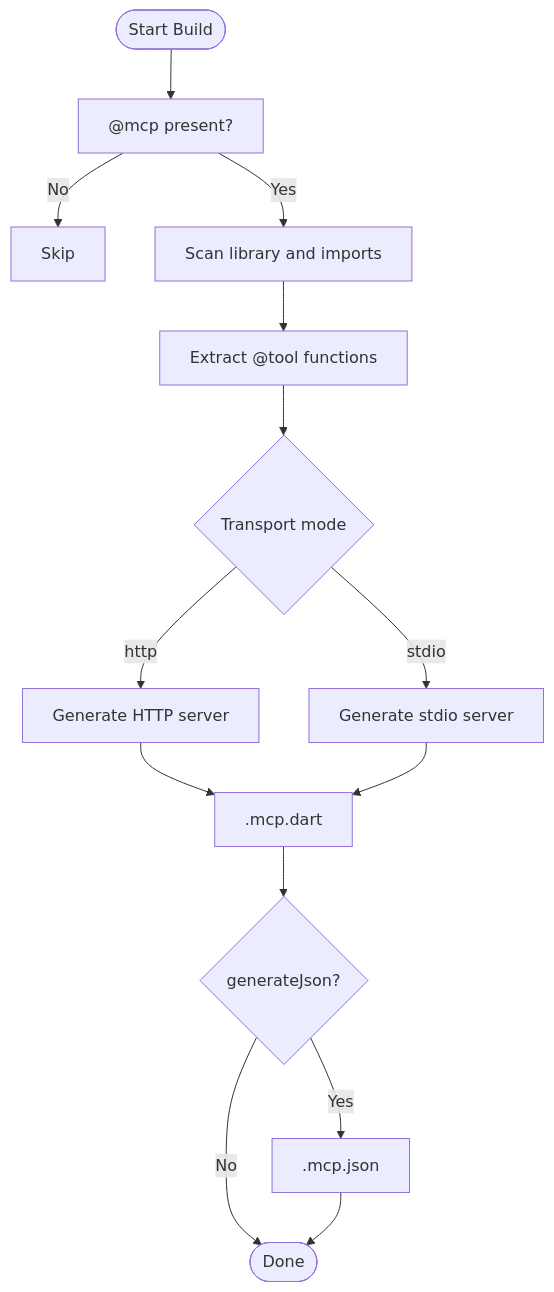
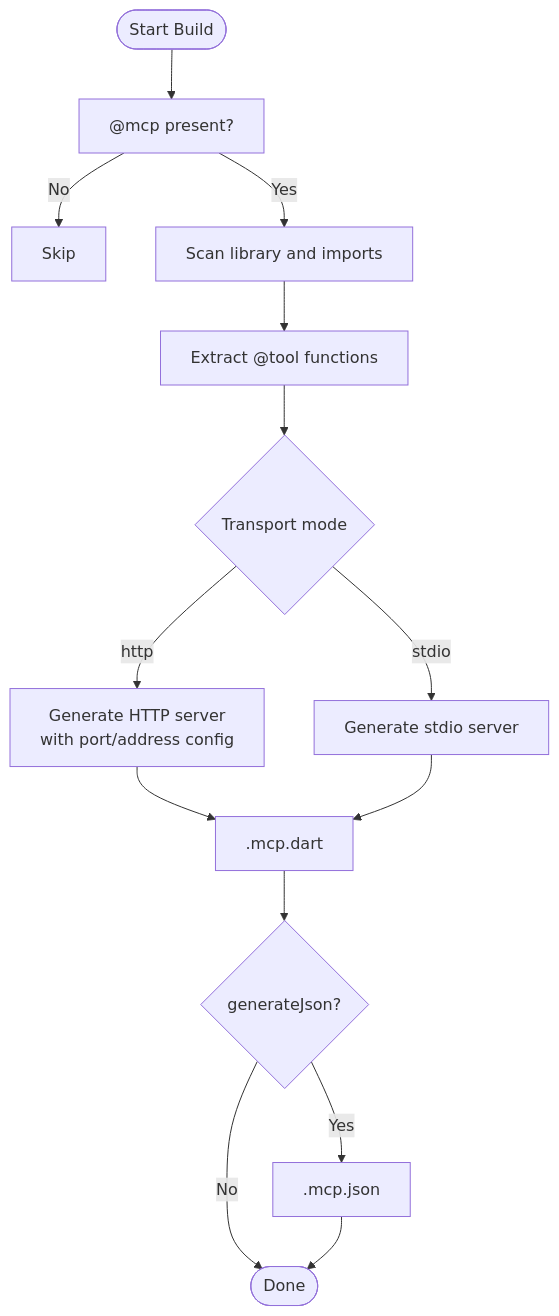
One commit to cdavis-code/easy_mcp_workspace changed the fourth of 9 diagrams in .qoder/repowiki/en/content/Core Concepts/Core Concepts.md. Above: the diagram before and after it, drawn with Mermaid. The commit also changed other lines of this file and 13 other files, not shown here.

````diff
--- a/.qoder/repowiki/en/content/Core Concepts/Core Concepts.md
+++ b/.qoder/repowiki/en/content/Core Concepts/Core Concepts.md
@@ -172,16 +187,16 @@
 ```mermaid
 flowchart TD
 Start(["Start Build"]) --> CheckMcp["@mcp present?"]
 CheckMcp --> |No| Exit["Skip"]
 CheckMcp --> |Yes| ScanLib["Scan library and imports"]
 ScanLib --> ExtractTools["Extract @tool functions"]
 ExtractTools --> Transport{"Transport mode"}
-Transport --> |http| GenHttp["Generate HTTP server"]
+Transport --> |http| GenHttp["Generate HTTP server<br/>with port/address config"]
 Transport --> |stdio| GenStdio["Generate stdio server"]
 GenHttp --> WriteDart[".mcp.dart"]
 GenStdio --> WriteDart
 WriteDart --> MaybeJson{"generateJson?"}
 MaybeJson --> |Yes| WriteJson[".mcp.json"]
 MaybeJson --> |No| Done(["Done"])
 WriteJson --> Done
 ```
````
